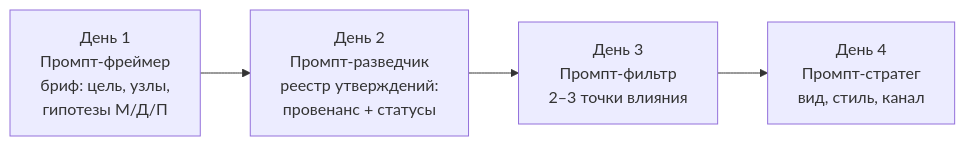
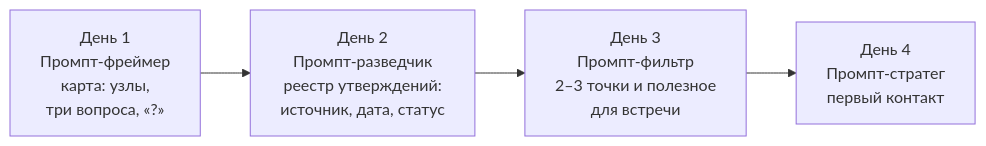
The diagram in research/reputation-technologies/2026-10-30-day2-rationale-and-method.md (G-Ivan-A/hybrid-Intelligence-lab), drawn with Mermaid before and after one commit. The commit also changed other lines of this file, not shown here.

````diff
--- a/research/reputation-technologies/2026-10-30-day2-rationale-and-method.md
+++ b/research/reputation-technologies/2026-10-30-day2-rationale-and-method.md
@@ -162,6 +252,6 @@
 ```mermaid
 flowchart LR
-  F["День 1<br/>Промпт-фреймер<br/>бриф: цель, узлы,<br/>гипотезы М/Д/П"] --> R["День 2<br/>Промпт-разведчик<br/>реестр утверждений:<br/>провенанс + статусы"]
-  R --> Fi["День 3<br/>Промпт-фильтр<br/>2–3 точки влияния"]
-  Fi --> S["День 4<br/>Промпт-стратег<br/>вид, стиль, канал"]
+  F["День 1<br/>Промпт-фреймер<br/>карта: узлы,<br/>три вопроса, «?»"] --> R["День 2<br/>Промпт-разведчик<br/>реестр утверждений:<br/>источник, дата, статус"]
+  R --> Fi["День 3<br/>Промпт-фильтр<br/>2–3 точки и полезное<br/>для встречи"]
+  Fi --> S["День 4<br/>Промпт-стратег<br/>первый контакт"]
 ```
````
